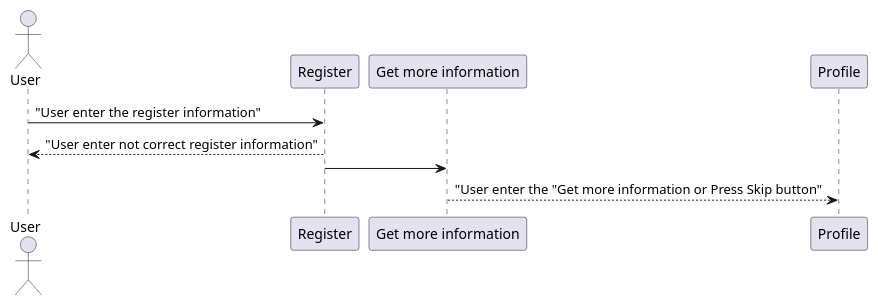
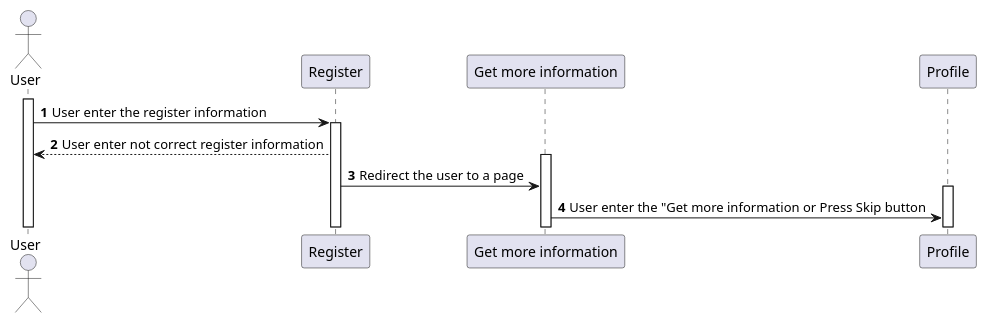
One commit to anaselgarhy/University-old changed the diagram in Level_2/Term_2/Software Engineering/Projects/Project_1/UML/regester.puml. Above: the diagram before and after it, drawn with PlantUML. The commit also changed 3 other files, not shown here.

```diff
--- a/Level_2/Term_2/Software Engineering/Projects/Project_1/UML/regester.puml
+++ b/Level_2/Term_2/Software Engineering/Projects/Project_1/UML/regester.puml
@@ -1,13 +1,19 @@
 @startuml
 'https://plantuml.com/sequence-diagram
 
+autonumber
 actor User as "User"
 
-User -> Register : "User enter the register information"
-Register --> User : "User enter not correct register information"
+activate User
+User -> Register : User enter the register information
 
-Register -> "Get more information"
+activate Register
+Register --> User : User enter not correct register information
 
-"Get more information" --> Profile : "User enter the "Get more information or Press Skip button"
+activate "Get more information"
+Register -> "Get more information" : Redirect the user to a page
+
+activate Profile
+"Get more information" -> Profile : User enter the "Get more information or Press Skip button
 
 @enduml
```
